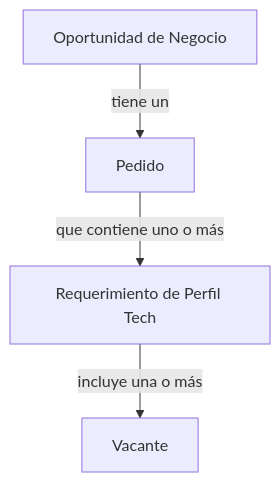
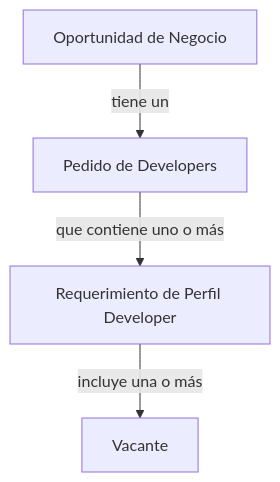
The first of 2 diagrams in docs/organization/teams/tech-talent-services/glossary.md (23people-io/the-handbook), drawn with Mermaid before and after one commit. The commit also changed other lines of this file and 2 other files, not shown here.

````diff
--- a/docs/organization/teams/tech-talent-services/glossary.md
+++ b/docs/organization/teams/tech-talent-services/glossary.md
@@ -61,11 +57,11 @@
 ```mermaid
 flowchart TD
     ON[Oportunidad de Negocio]
-    P[Pedido]
-    R[Requerimiento de Perfil Tech]
+    P[Pedido de Developers]
+    R[Requerimiento de Perfil Developer]
     V[Vacante]
     
     ON --> |"tiene un"| P
     P --> |"que contiene uno o más"| R
     R --> |"incluye una o más"| V
 ```
````
